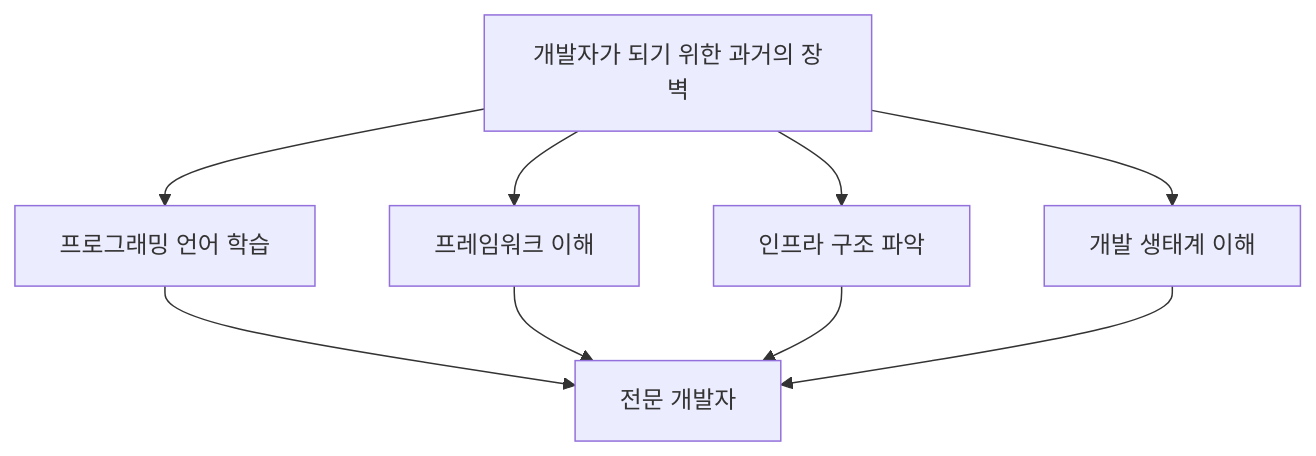
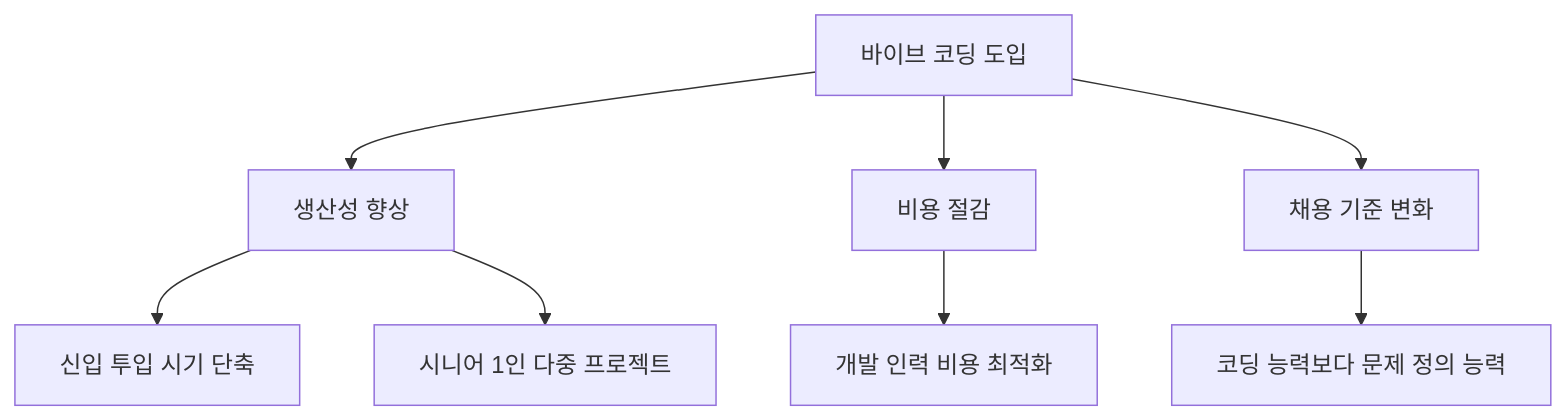
Before and after one commit to nugurejeil/weniVooks: the second of 4 diagrams in _md/essentials-vibecoding/chapter01/01-3.md, drawn with Mermaid. The commit also changed other lines of this file and 5 other files, not shown here.

````diff
--- a/_md/essentials-vibecoding/chapter01/01-3.md
+++ b/_md/essentials-vibecoding/chapter01/01-3.md
@@ -42,11 +50,11 @@
 ```mermaid
 flowchart TD
-    A["개발자가 되기 위한 과거의 장벽"] --> B["프로그래밍 언어 학습"]
-    A --> C["프레임워크 이해"]
-    A --> D["인프라 구조 파악"]
-    A --> E["개발 생태계 이해"]
-    B --> F["전문 개발자"]
-    C --> F
-    D --> F
-    E --> F
+    A["바이브 코딩 도입"] --> B["생산성 향상"]
+    A --> C["비용 절감"]
+    A --> D["채용 기준 변화"]
+
+    B --> B1["신입 투입 시기 단축"]
+    B --> B2["시니어 1인 다중 프로젝트"]
+    C --> C1["개발 인력 비용 최적화"]
+    D --> D1["코딩 능력보다 문제 정의 능력"]
 ```
````
